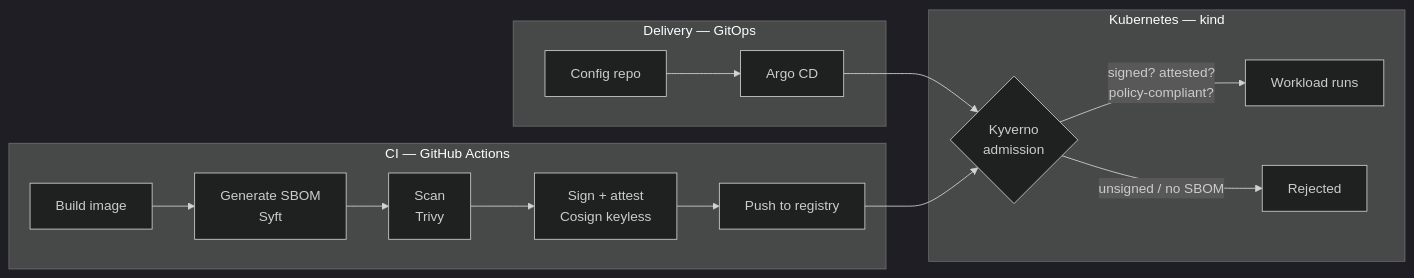
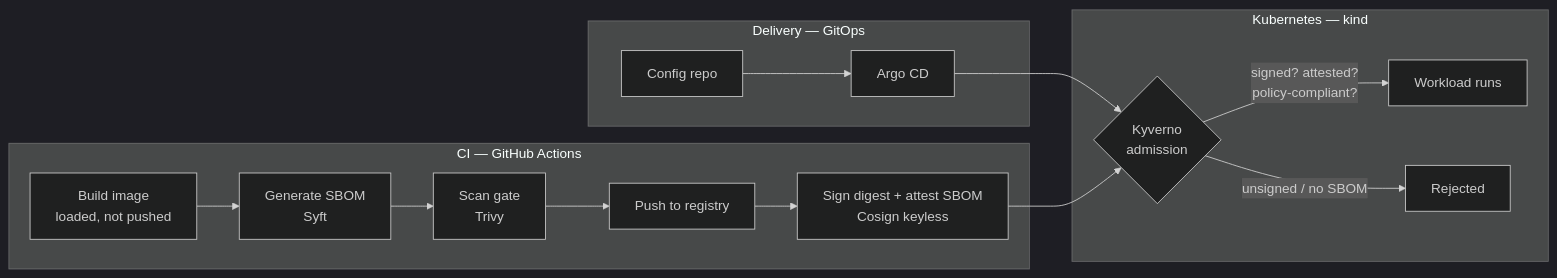
One commit to yodim/k8s-secure-supply-chain changed the diagram in README.md. Above: the diagram before and after it, drawn with Mermaid (dark theme). The commit also changed other lines of this file and 8 other files, not shown here.

````diff
--- a/README.md
+++ b/README.md
@@ -23,21 +23,21 @@
 ```mermaid
 flowchart LR
     subgraph CI["CI — GitHub Actions"]
-        A[Build image] --> B[Generate SBOM<br/>Syft]
-        B --> C[Scan<br/>Trivy]
-        C --> D[Sign + attest<br/>Cosign keyless]
-        D --> E[Push to registry]
+        A[Build image<br/>loaded, not pushed] --> B[Generate SBOM<br/>Syft]
+        B --> C[Scan gate<br/>Trivy]
+        C --> D[Push to registry]
+        D --> E[Sign digest + attest SBOM<br/>Cosign keyless]
     end
 
     subgraph GitOps["Delivery — GitOps"]
         F[Config repo] --> G[Argo CD]
     end
 
     subgraph Cluster["Kubernetes — kind"]
         G --> H{Kyverno<br/>admission}
         H -- "signed? attested?<br/>policy-compliant?" --> I[Workload runs]
         H -- "unsigned / no SBOM" --> J[Rejected]
     end
 
     E --> H
 ```
````
